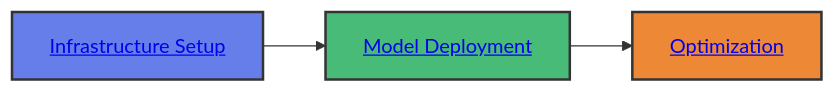
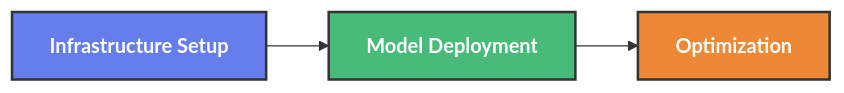
Before and after one commit to shivam-dubey-1/ai-on-eks: the first of 2 diagrams in website/docs/infra/inference/index.md, drawn with Mermaid.

Commit message:
Make mermaid diagram text bold and fix visibility

````diff
--- a/website/docs/infra/inference/index.md
+++ b/website/docs/infra/inference/index.md
@@ -13,9 +13,13 @@
 ```mermaid
 graph LR
-    A[<a href='./inference-ready-cluster'>Infrastructure Setup</a>] --> B[<a href='../../blueprints/inference/inference-charts'>Model Deployment</a>]
-    B --> C[<a href='../../guidance/'>Optimization</a>]
+    A["<b>Infrastructure Setup</b>"] --> B["<b>Model Deployment</b>"]
+    B --> C["<b>Optimization</b>"]
     
     style A fill:#667eea,stroke:#333,stroke-width:2px,color:#ffffff
     style B fill:#48bb78,stroke:#333,stroke-width:2px,color:#ffffff
     style C fill:#ed8936,stroke:#333,stroke-width:2px,color:#ffffff
+    
+    click A "./inference-ready-cluster" "Go to Inference-Ready Cluster"
+    click B "../../blueprints/inference/inference-charts" "Go to Inference Charts"
+    click C "../../guidance/" "Go to Guidance"
 ```
````
